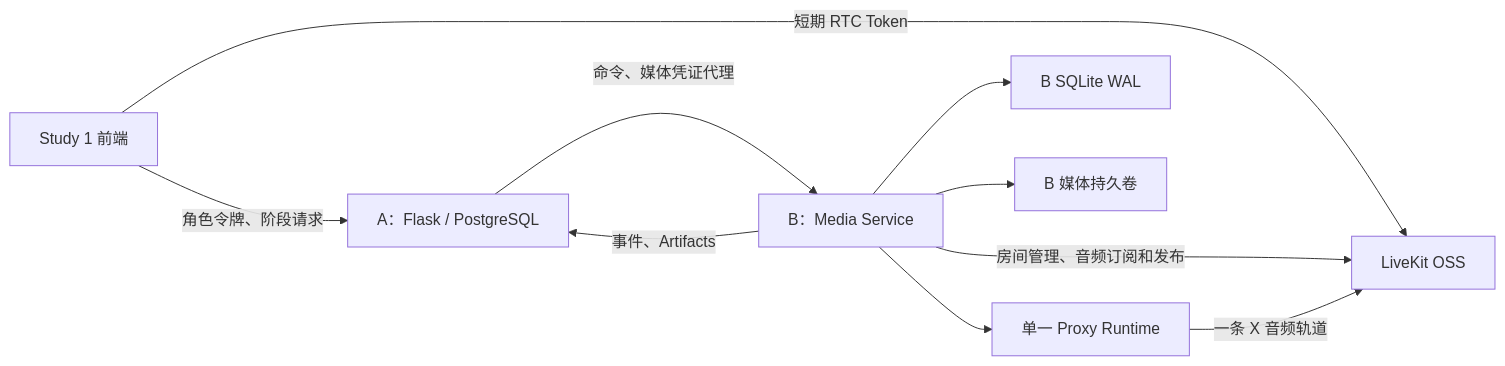
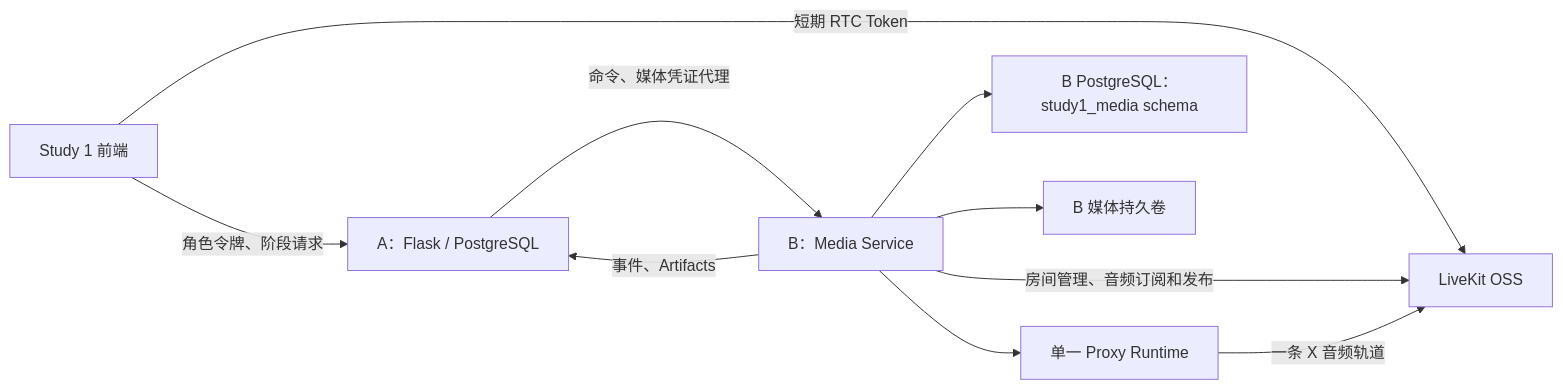
One commit to cyt2023/agent-simulation changed the diagram in docs/superpowers/specs/2026-07-26-study1-media-service-design.md. Above: the diagram before and after it, drawn with Mermaid. The commit also changed other lines of this file and 79 other files, not shown here.

Commit message:
feat: add Study 1 media and Proxy service

````diff
--- a/docs/superpowers/specs/2026-07-26-study1-media-service-design.md
+++ b/docs/superpowers/specs/2026-07-26-study1-media-service-design.md
@@ -98,14 +98,14 @@
 ```mermaid
 flowchart LR
     UI["Study 1 前端"] -->|"角色令牌、阶段请求"| A["A：Flask / PostgreSQL"]
     A -->|"命令、媒体凭证代理"| B["B：Media Service"]
     B -->|"事件、Artifacts"| A
 
     UI -->|"短期 RTC Token"| LK["LiveKit OSS"]
     B -->|"房间管理、音频订阅和发布"| LK
     X["单一 Proxy Runtime"] -->|"一条 X 音频轨道"| LK
     B --> X
 
-    B --> DB["B SQLite WAL"]
+    B --> DB["B PostgreSQL：study1_media schema"]
     B --> FS["B 媒体持久卷"]
 ```
````
